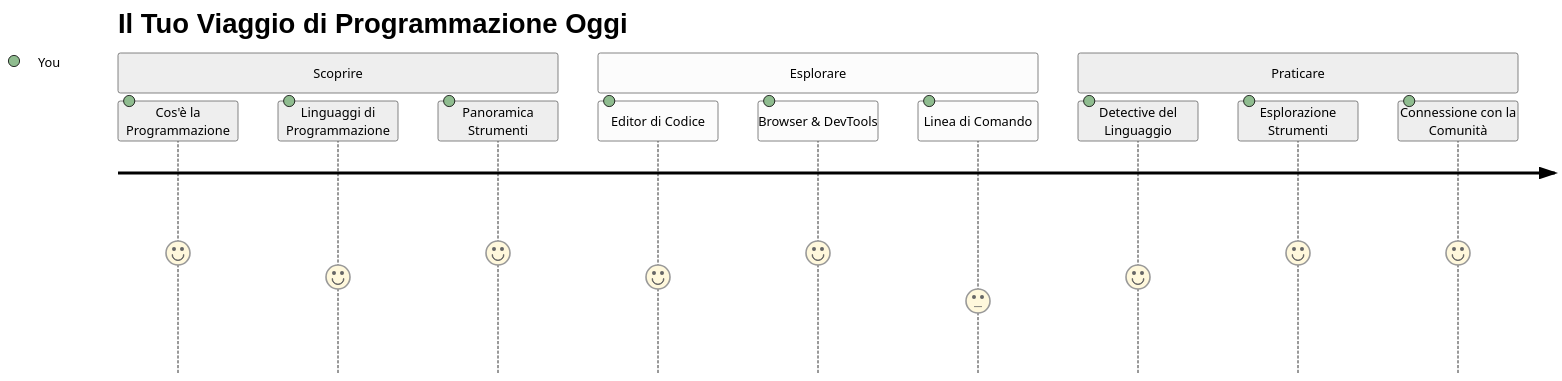
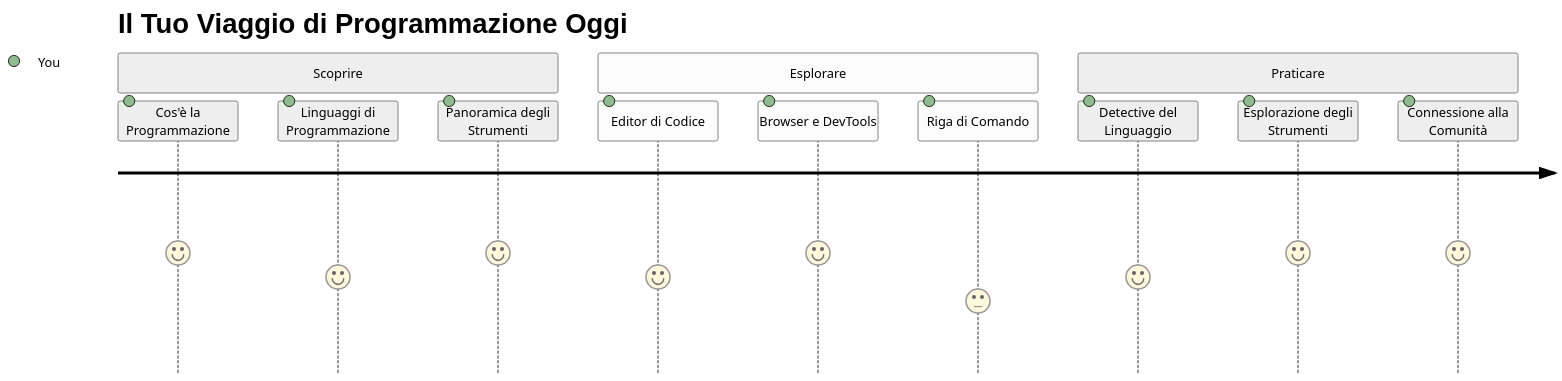
One commit to microsoft/Web-Dev-For-Beginners changed the first of 7 diagrams in translations/it/1-getting-started-lessons/1-intro-to-programming-languages/README.md. Above: the diagram before and after it, drawn with Mermaid (neutral theme). The commit also changed other lines of this file and 8 other files, not shown here.

````diff
--- a/translations/it/1-getting-started-lessons/1-intro-to-programming-languages/README.md
+++ b/translations/it/1-getting-started-lessons/1-intro-to-programming-languages/README.md
@@ -14,16 +14,16 @@
 ```mermaid
 journey
     title Il Tuo Viaggio di Programmazione Oggi
     section Scoprire
       Cos'è la Programmazione: 5: You
       Linguaggi di Programmazione: 4: You
-      Panoramica Strumenti: 5: You
+      Panoramica degli Strumenti: 5: You
     section Esplorare
       Editor di Codice: 4: You
-      Browser & DevTools: 5: You
-      Linea di Comando: 3: You
+      Browser e DevTools: 5: You
+      Riga di Comando: 3: You
     section Praticare
       Detective del Linguaggio: 4: You
-      Esplorazione Strumenti: 5: You
-      Connessione con la Comunità: 5: You
+      Esplorazione degli Strumenti: 5: You
+      Connessione alla Comunità: 5: You
 ```
````
